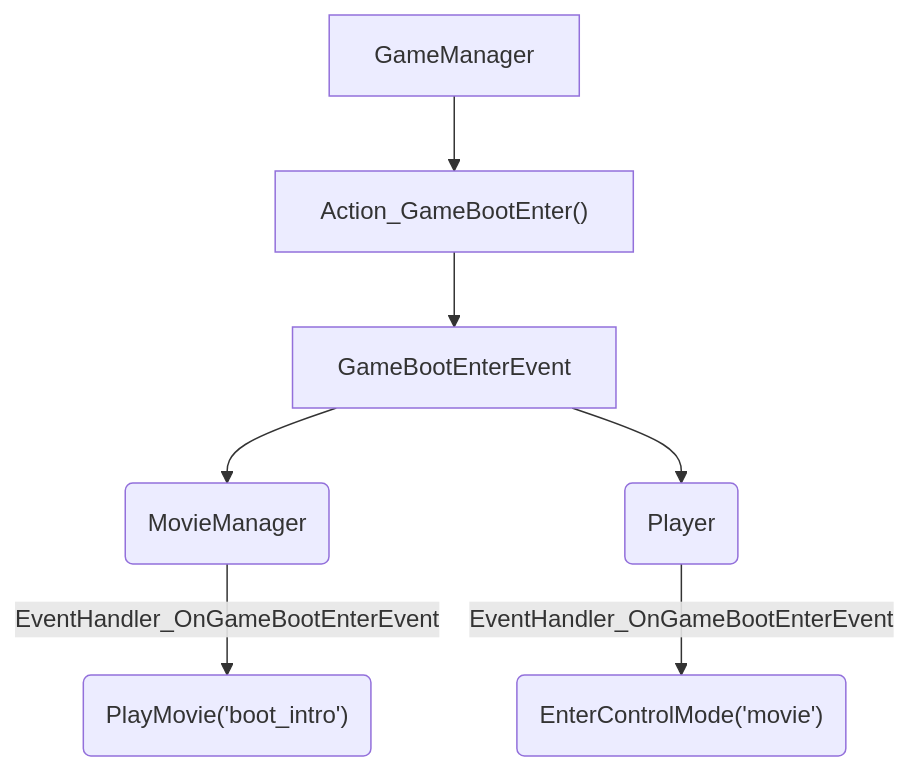
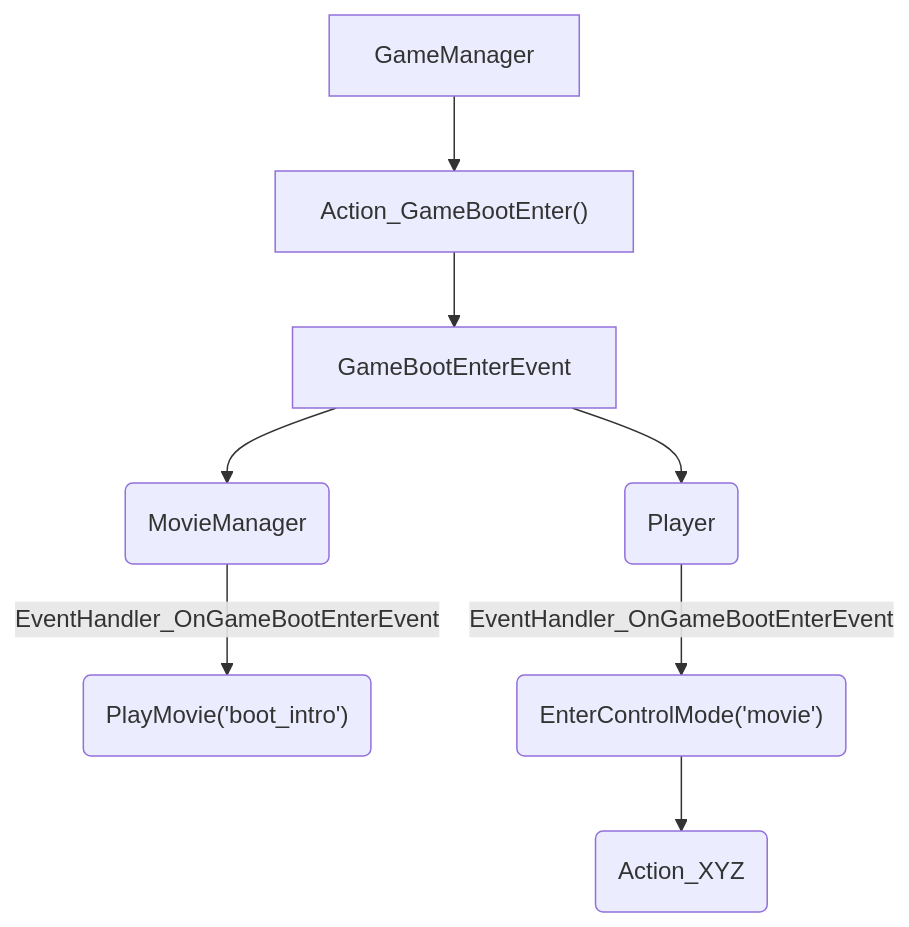
The first of 6 diagrams in EventFlow.md (gsg-jay/GamePatterns), drawn with Mermaid before and after one commit. The commit also changed other lines of this file, not shown here.

````diff
--- a/EventFlow.md
+++ b/EventFlow.md
@@ -2,8 +2,9 @@
 ```mermaid
 flowchart TD;
 gm["GameManager"]
 gm-->gs["Action_GameBootEnter()"]
 gs-->e["GameBootEnterEvent"]
 e-->mvm("MovieManager")-->|EventHandler_OnGameBootEnterEvent|mvmeh("PlayMovie('boot_intro')")
 e-->p("Player")-->|EventHandler_OnGameBootEnterEvent|peh("EnterControlMode('movie')")
+peh-->act(Action_XYZ)
 ```
````
